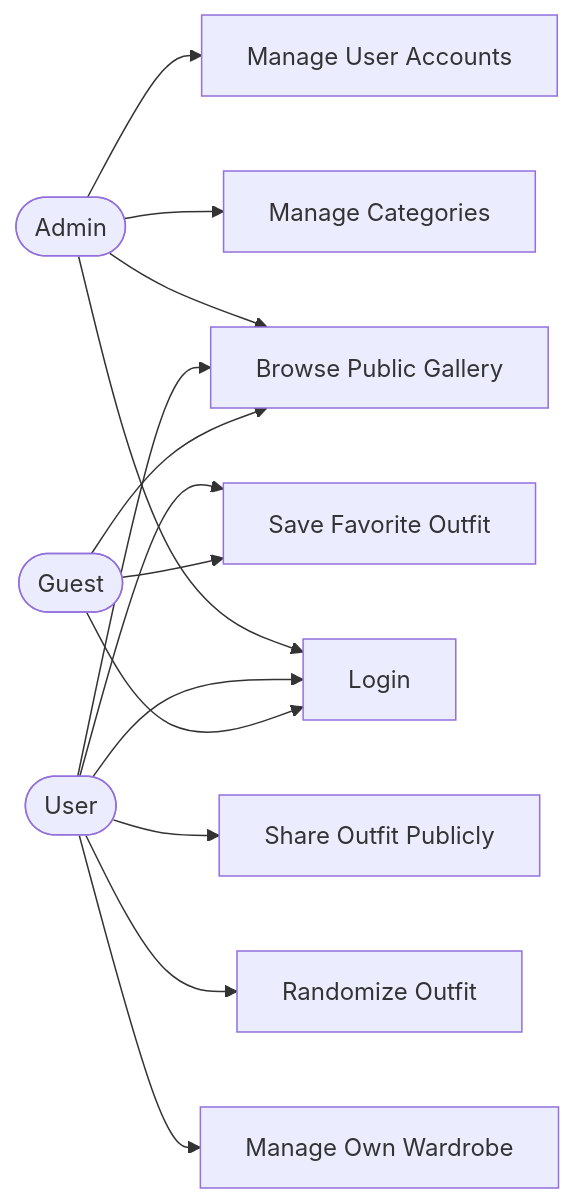
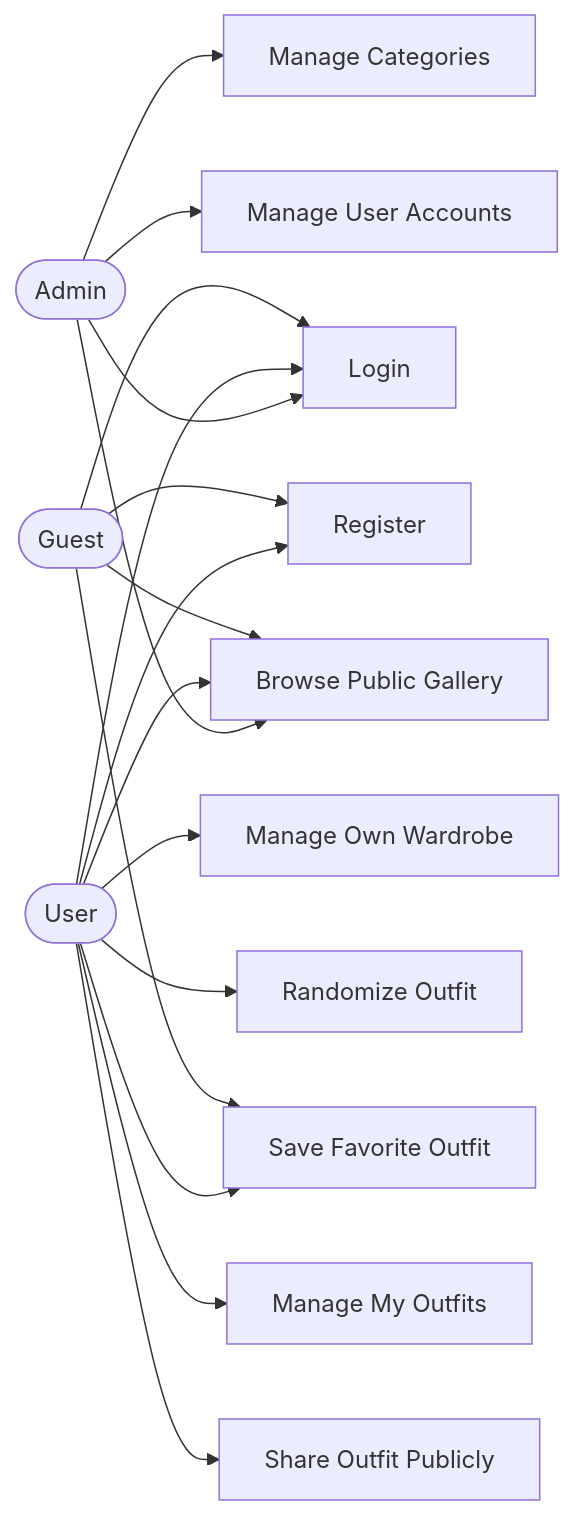
One commit to eyyy08/mini-project changed the second of 2 diagrams in Project Proposal (1).md. Above: the diagram before and after it, drawn with Mermaid. The commit also changed other lines of this file and 20 other files, not shown here.

````diff
--- a/Project Proposal (1).md
+++ b/Project Proposal (1).md
@@ -213,18 +205,21 @@
 ```mermaid
 flowchart LR
     A([Admin]) --> UC1[Login]
     A --> UC2[Manage Categories]
     A --> UC3[Manage User Accounts]
     A --> UC4[Browse Public Gallery]
 
-    U([User]) --> UC1
+    U([User]) --> UC0[Register]
+    U --> UC1
     U --> UC5[Manage Own Wardrobe]
     U --> UC6[Randomize Outfit]
+    U --> UC9[Manage My Outfits]
     U --> UC7[Share Outfit Publicly]
     U --> UC4
     U --> UC8[Save Favorite Outfit]
 
-    G([Guest]) --> UC1
+    G([Guest]) --> UC0
+    G --> UC1
     G --> UC4
     G --> UC8
 ```
````
